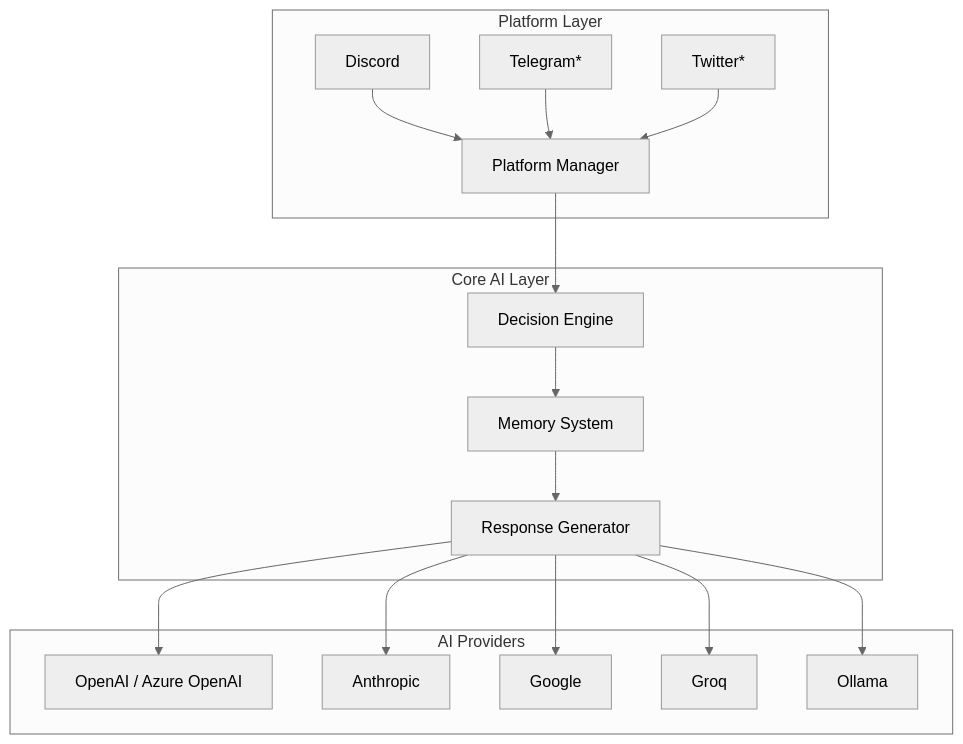
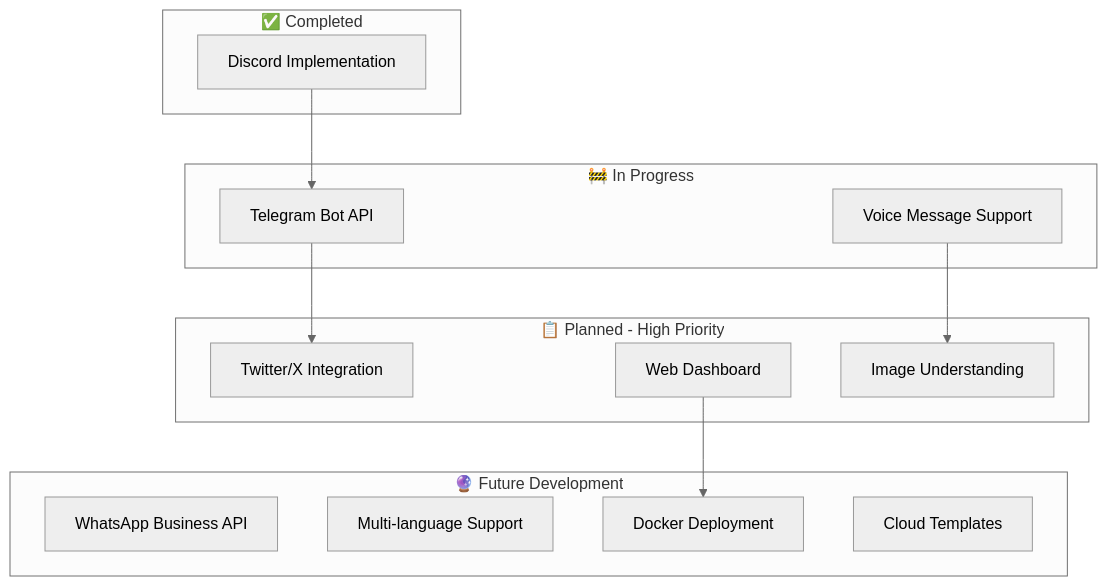
One commit to qbit-codes/cloneme changed the third of 3 diagrams in README.md. Above: the diagram before and after it, drawn with Mermaid (neutral theme). The commit also changed other lines of this file, not shown here.

````diff
--- a/README.md
+++ b/README.md
@@ -675,22 +353,29 @@
 ```mermaid
 graph TB
-    subgraph "Platform Layer"
-        A[Discord] --> D[Platform Manager]
-        B[Telegram*] --> D
-        C[Twitter*] --> D
+    subgraph "✅ Completed"
+        A[Discord Implementation]
     end
     
-    subgraph "Core AI Layer"
-        D --> E[Decision Engine]
-        E --> F[Memory System]
-        F --> G[Response Generator]
+    subgraph "🚧 In Progress"
+        B[Telegram Bot API]
+        C[Voice Message Support]
     end
     
-    subgraph "AI Providers"
-        G --> H[OpenAI / Azure OpenAI]
-        G --> I[Anthropic]
-        G --> J[Google]
-        G --> K[Groq]
-        G --> L[Ollama]
+    subgraph "📋 Planned - High Priority"
+        D[Twitter/X Integration]
+        E[Web Dashboard]
+        F[Image Understanding]
     end
+    
+    subgraph "🔮 Future Development"
+        G[WhatsApp Business API]
+        H[Multi-language Support]
+        I[Docker Deployment]
+        J[Cloud Templates]
+    end
+    
+    A --> B
+    B --> D
+    C --> F
+    E --> I
 ```
````
